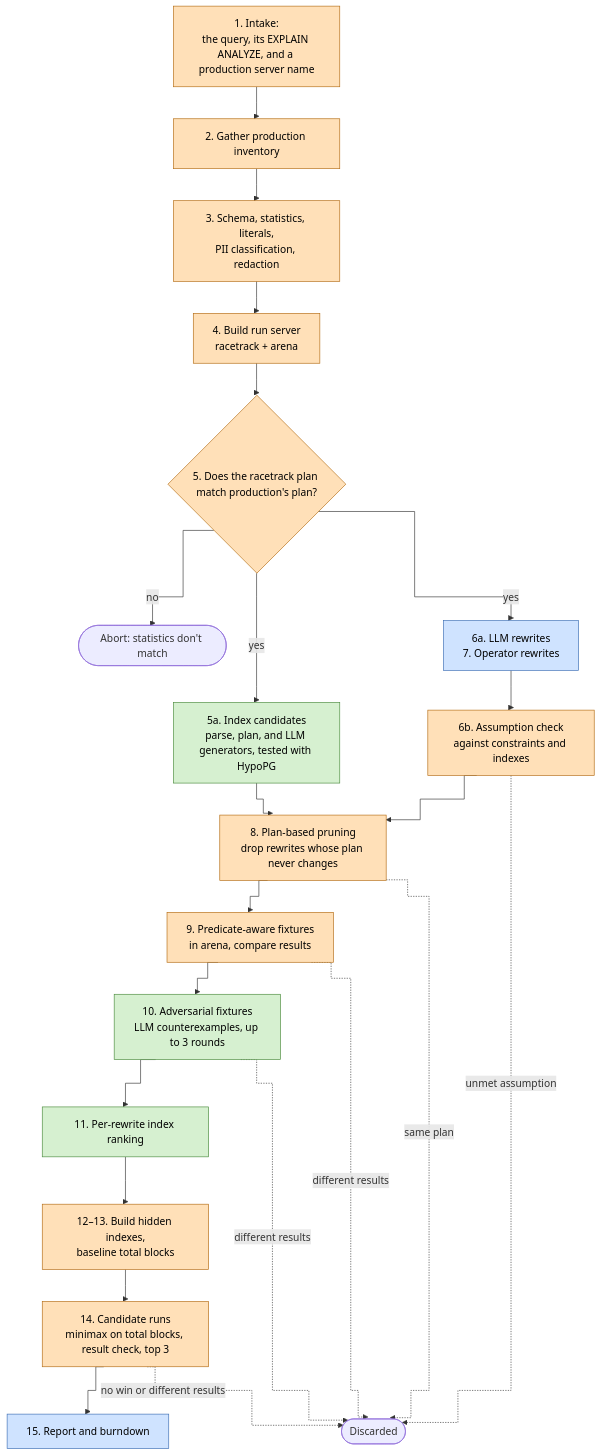
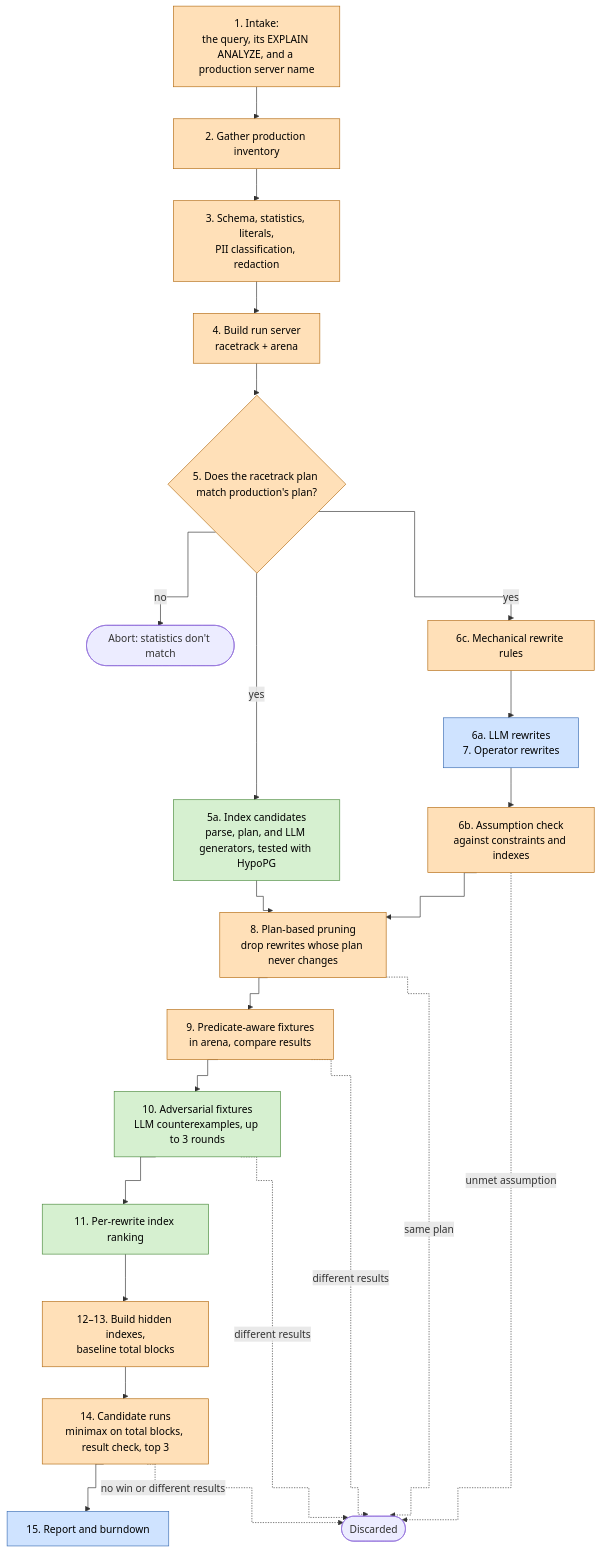
One commit to benchub/quaack changed the second of 2 diagrams in DESIGN.md. Above: the diagram before and after it, drawn with Mermaid. The commit also changed other lines of this file and 8 other files, not shown here.

````diff
--- a/DESIGN.md
+++ b/DESIGN.md
@@ -62,32 +62,33 @@
 ```mermaid
 %%{init: {"flowchart": {"curve": "step"}}}%%
 flowchart TD
     s1["1. Intake:<br/>the query, its EXPLAIN ANALYZE, and a production server name"] --> s2["2. Gather production inventory"]
     s2 --> s3["3. Schema, statistics, literals,<br/>PII classification, redaction"]
     s3 --> s4["4. Build run server<br/>racetrack + arena"]
     s4 --> s5{"5. Does the racetrack plan match production's plan?"}
     s5 -- no --> abort(["Abort: statistics don't match"])
     s5 -- yes --> s5a["5a. Index candidates<br/>parse, plan, and LLM generators, tested with HypoPG"]
-    s5 -- yes --> s6a["6a. LLM rewrites<br/>7. Operator rewrites"]
+    s5 -- yes --> s6c["6c. Mechanical rewrite rules"]
+    s6c --> s6a["6a. LLM rewrites<br/>7. Operator rewrites"]
     s6a --> s6b["6b. Assumption check<br/>against constraints and indexes"]
     s5a --> s8
     s6b --> s8["8. Plan-based pruning<br/>drop rewrites whose plan never changes"]
     s8 --> s9["9. Predicate-aware fixtures<br/>in arena, compare results"]
     s9 --> s10["10. Adversarial fixtures<br/>LLM counterexamples, up to 3 rounds"]
     s10 --> s11["11. Per-rewrite index ranking"]
     s11 --> s12["12–13. Build hidden indexes,<br/>baseline total blocks"]
     s12 --> s14["14. Candidate runs<br/>minimax on total blocks, result check, top 3"]
     s14 --> s15["15. Report and burndown"]
     s6b -. unmet assumption .-> out(["Discarded"])
     s8 -. same plan .-> out
     s9 -. different results .-> out
     s10 -. different results .-> out
     s14 -. no win or different results .-> out
 
     classDef enclave fill:#ffe0b8,stroke:#b36b12,color:#000
     classDef driver fill:#cfe3ff,stroke:#3b6db3,color:#000
     classDef both fill:#d6f0d0,stroke:#4a8a3c,color:#000
-    class s1,s2,s3,s4,s5,s6b,s8,s9,s12,s14 enclave
+    class s1,s2,s3,s4,s5,s6c,s6b,s8,s9,s12,s14 enclave
     class s6a,s15 driver
     class s5a,s10,s11 both
 ```
````
